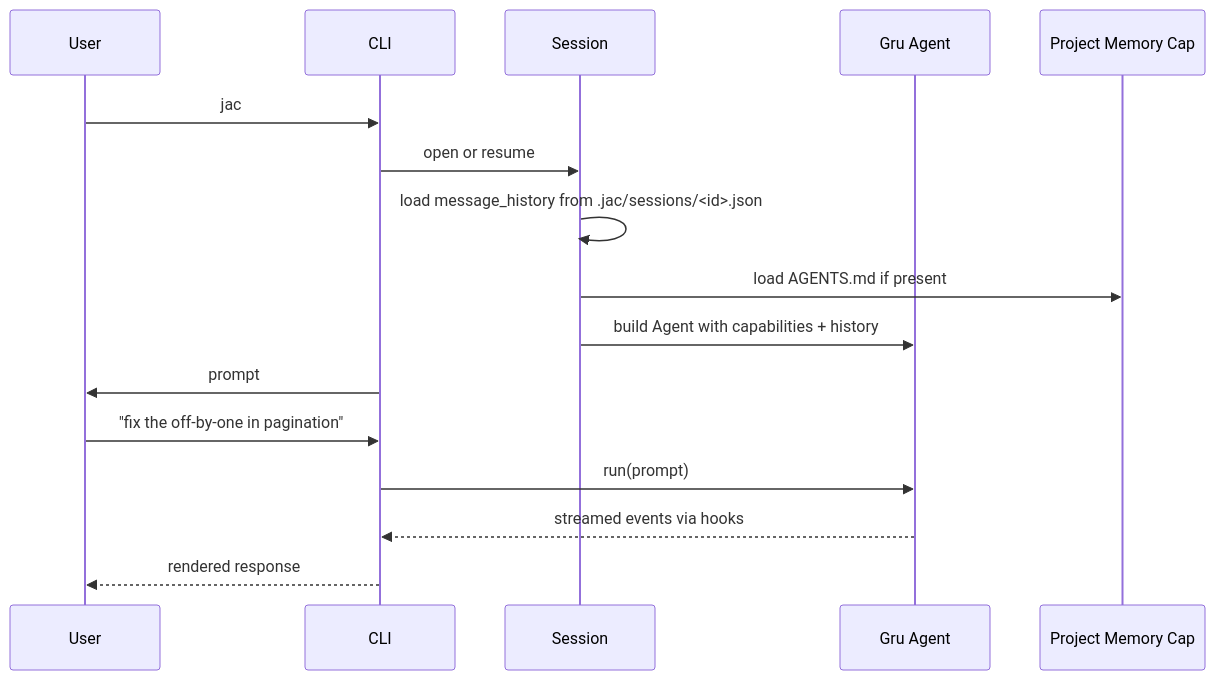
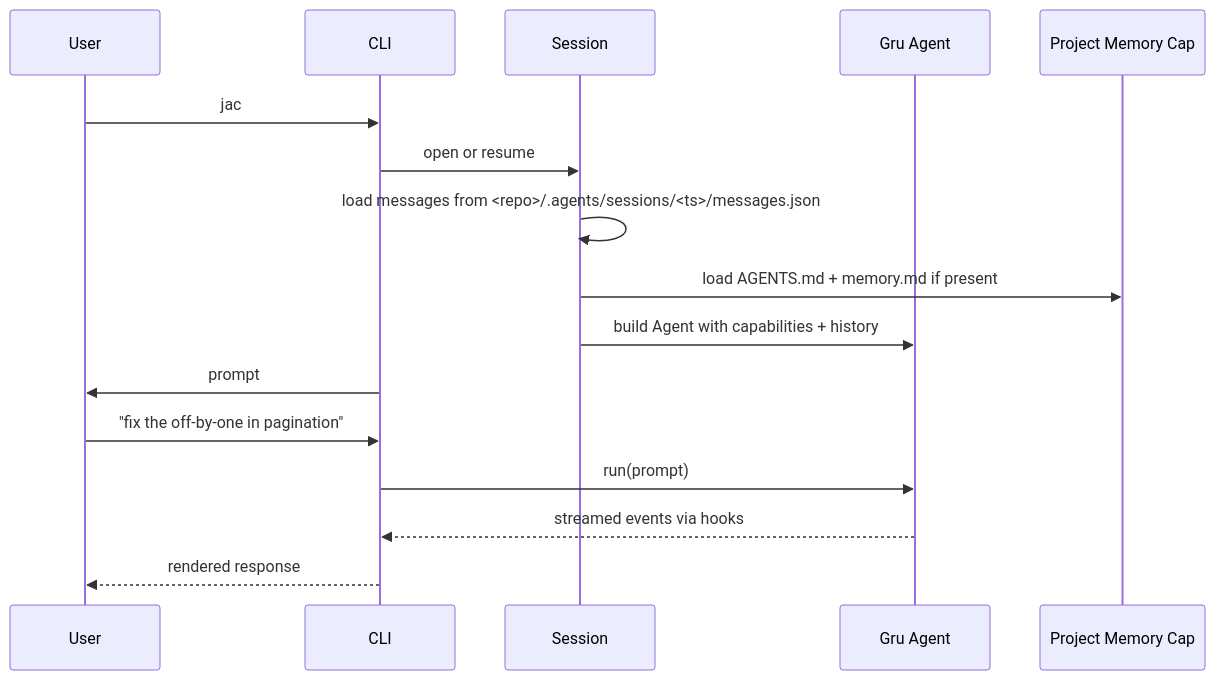
Before and after one commit to VENKATESHWARAN-R/JAC: the second of 3 diagrams in docs/architecture.md, drawn with Mermaid. The commit also changed other lines of this file and 21 other files, not shown here.

````diff
--- a/docs/architecture.md
+++ b/docs/architecture.md
@@ -148,19 +82,19 @@
 ```mermaid
 sequenceDiagram
     participant User
     participant CLI
     participant Session
     participant Gru as Gru Agent
     participant ProjMem as Project Memory Cap
 
     User->>CLI: jac
     CLI->>Session: open or resume
-    Session->>Session: load message_history from .jac/sessions/<id>.json
-    Session->>ProjMem: load AGENTS.md if present
+    Session->>Session: load messages from <repo>/.agents/sessions/<ts>/messages.json
+    Session->>ProjMem: load AGENTS.md + memory.md if present
     Session->>Gru: build Agent with capabilities + history
     CLI->>User: prompt
     User->>CLI: "fix the off-by-one in pagination"
     CLI->>Gru: run(prompt)
     Gru-->>CLI: streamed events via hooks
     CLI-->>User: rendered response
 ```
````
